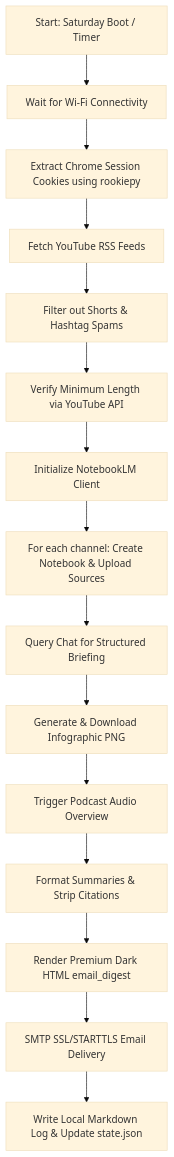
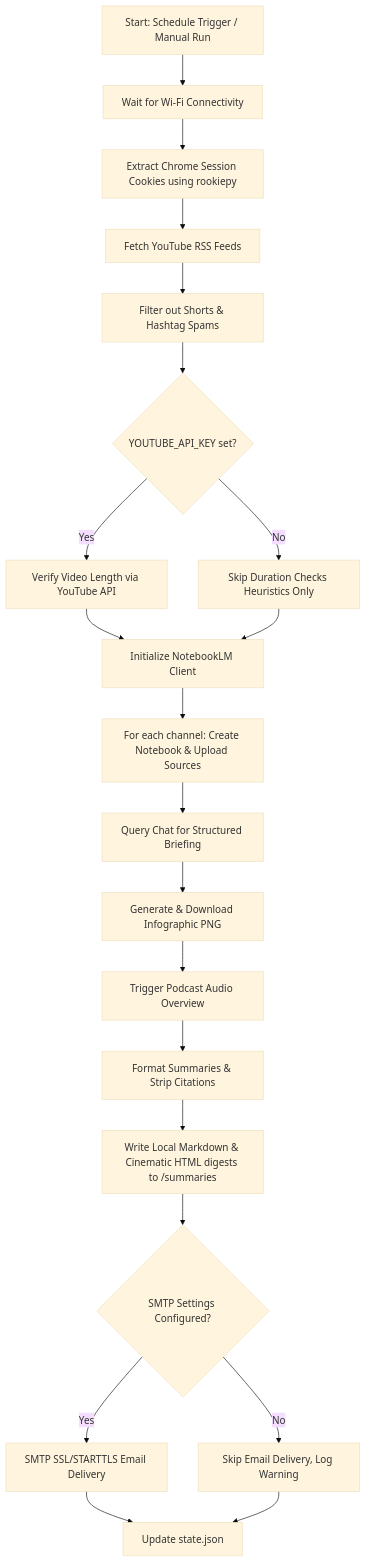
One commit to vkr1729/TubeLM changed the diagram in README.md. Above: the diagram before and after it, drawn with Mermaid (base theme). The commit also changed other lines of this file and 4 other files, not shown here.

````diff
--- a/README.md
+++ b/README.md
@@ -72,17 +234,23 @@
 ```mermaid
 graph TD
-    A[Start: Saturday Boot / Timer] --> B[Wait for Wi-Fi Connectivity]
+    A[Start: Schedule Trigger / Manual Run] --> B[Wait for Wi-Fi Connectivity]
     B --> C[Extract Chrome Session Cookies using rookiepy]
     C --> D[Fetch YouTube RSS Feeds]
     D --> E[Filter out Shorts & Hashtag Spams]
-    E --> F[Verify Minimum Length via YouTube API]
-    F --> G[Initialize NotebookLM Client]
-    G --> H[For each channel: Create Notebook & Upload Sources]
-    H --> I[Query Chat for Structured Briefing]
-    I --> J[Generate & Download Infographic PNG]
-    J --> K[Trigger Podcast Audio Overview]
-    K --> L[Format Summaries & Strip Citations]
-    L --> M[Render Premium Dark HTML email_digest]
-    M --> N[SMTP SSL/STARTTLS Email Delivery]
-    N --> O[Write Local Markdown Log & Update state.json]
+    E --> F{YOUTUBE_API_KEY set?}
+    F -- Yes --> G[Verify Video Length via YouTube API]
+    F -- No --> H[Skip Duration Checks Heuristics Only]
+    G --> I[Initialize NotebookLM Client]
+    H --> I
+    I --> J[For each channel: Create Notebook & Upload Sources]
+    J --> K[Query Chat for Structured Briefing]
+    K --> L[Generate & Download Infographic PNG]
+    L --> M[Trigger Podcast Audio Overview]
+    M --> N[Format Summaries & Strip Citations]
+    N --> O[Write Local Markdown & Cinematic HTML digests to /summaries]
+    O --> P{SMTP Settings Configured?}
+    P -- Yes --> Q[SMTP SSL/STARTTLS Email Delivery]
+    P -- No --> R[Skip Email Delivery, Log Warning]
+    Q --> S[Update state.json]
+    R --> S[Update state.json]
 ```
````
